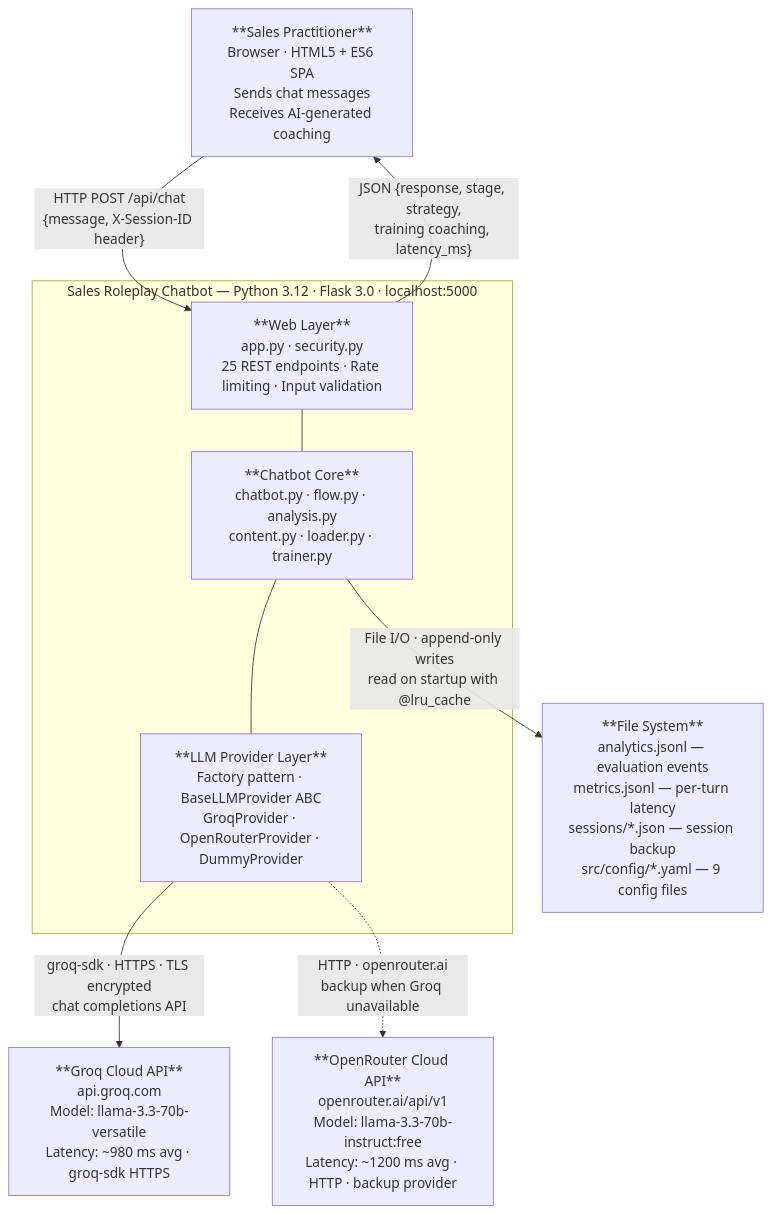
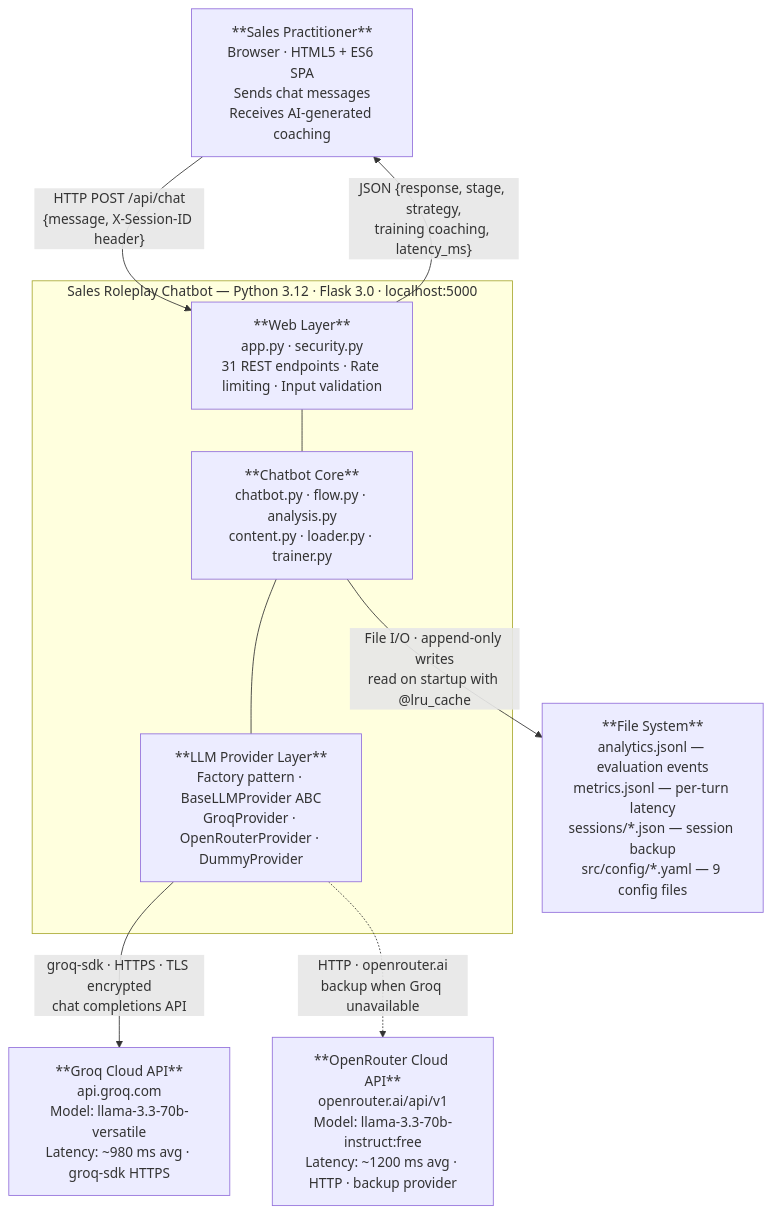
The first of 10 diagrams in Documentation/ARCHITECTURE_CONSOLIDATED.md (shaf-aston/FYP-sales-training-tool), drawn with Mermaid before and after one commit. The commit also changed other lines of this file and 51 other files, not shown here.

````diff
--- a/Documentation/ARCHITECTURE_CONSOLIDATED.md
+++ b/Documentation/ARCHITECTURE_CONSOLIDATED.md
@@ -111,22 +111,22 @@
 ```mermaid
 graph TD
     SP["**Sales Practitioner**\nBrowser · HTML5 + ES6 SPA\nSends chat messages\nReceives AI-generated coaching"]
 
     subgraph SYS ["Sales Roleplay Chatbot — Python 3.12 · Flask 3.0 · localhost:5000"]
-        WL["**Web Layer**\napp.py · security.py\n25 REST endpoints · Rate limiting · Input validation"]
+        WL["**Web Layer**\napp.py · security.py\n31 REST endpoints · Rate limiting · Input validation"]
         CC["**Chatbot Core**\nchatbot.py · flow.py · analysis.py\ncontent.py · loader.py · trainer.py"]
         PL["**LLM Provider Layer**\nFactory pattern · BaseLLMProvider ABC\nGroqProvider · OpenRouterProvider · DummyProvider"]
     end
 
     GR["**Groq Cloud API**\napi.groq.com\nModel: llama-3.3-70b-versatile\nLatency: ~980 ms avg · groq-sdk HTTPS"]
     OR["**OpenRouter Cloud API**\nopenrouter.ai/api/v1\nModel: llama-3.3-70b-instruct:free\nLatency: ~1200 ms avg · HTTP · backup provider"]
     FS["**File System**\nanalytics.jsonl — evaluation events\nmetrics.jsonl — per-turn latency\nsessions/*.json — session backup\nsrc/config/*.yaml — 9 config files"]
 
     SP -->|"HTTP POST /api/chat\n{message, X-Session-ID header}"| WL
     WL -->|"JSON {response, stage, strategy,\ntraining coaching, latency_ms}"| SP
     PL -->|"groq-sdk · HTTPS · TLS encrypted\nchat completions API"| GR
     PL -.->|"HTTP · openrouter.ai\nbackup when Groq unavailable"| OR
     CC -->|"File I/O · append-only writes\nread on startup with @lru_cache"| FS
     WL --- CC
     CC --- PL
 ```
````
